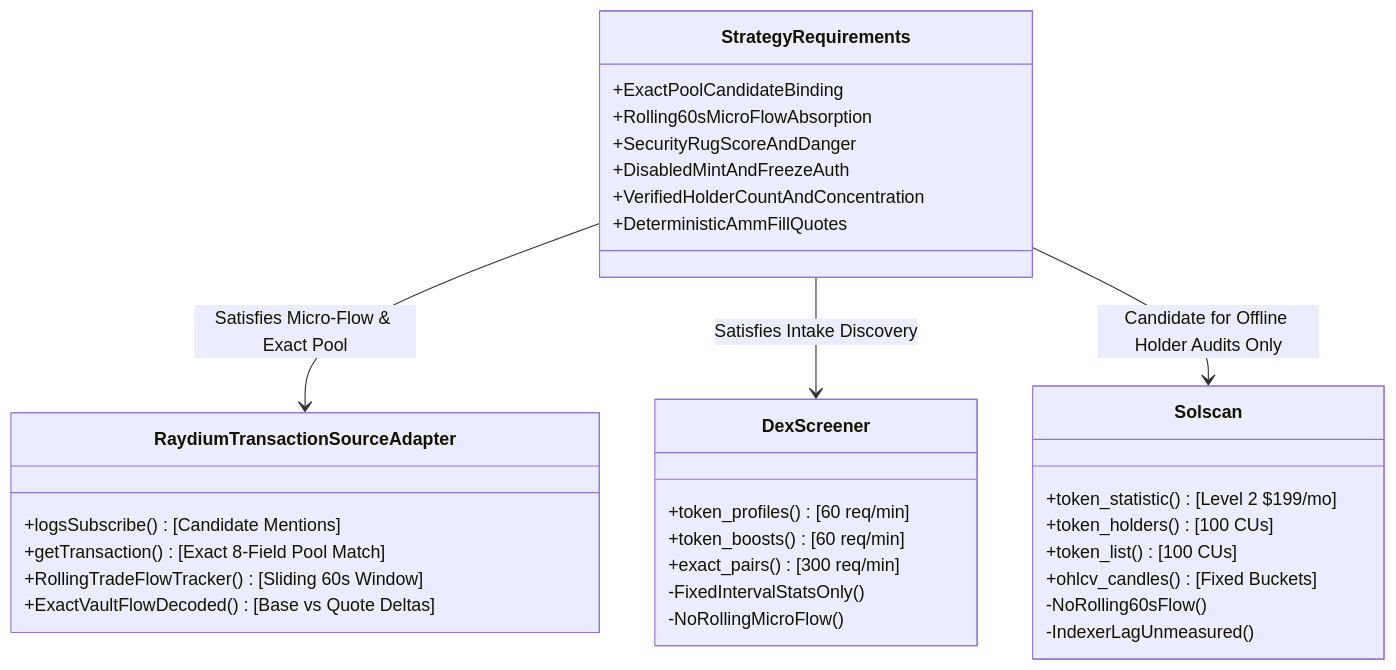
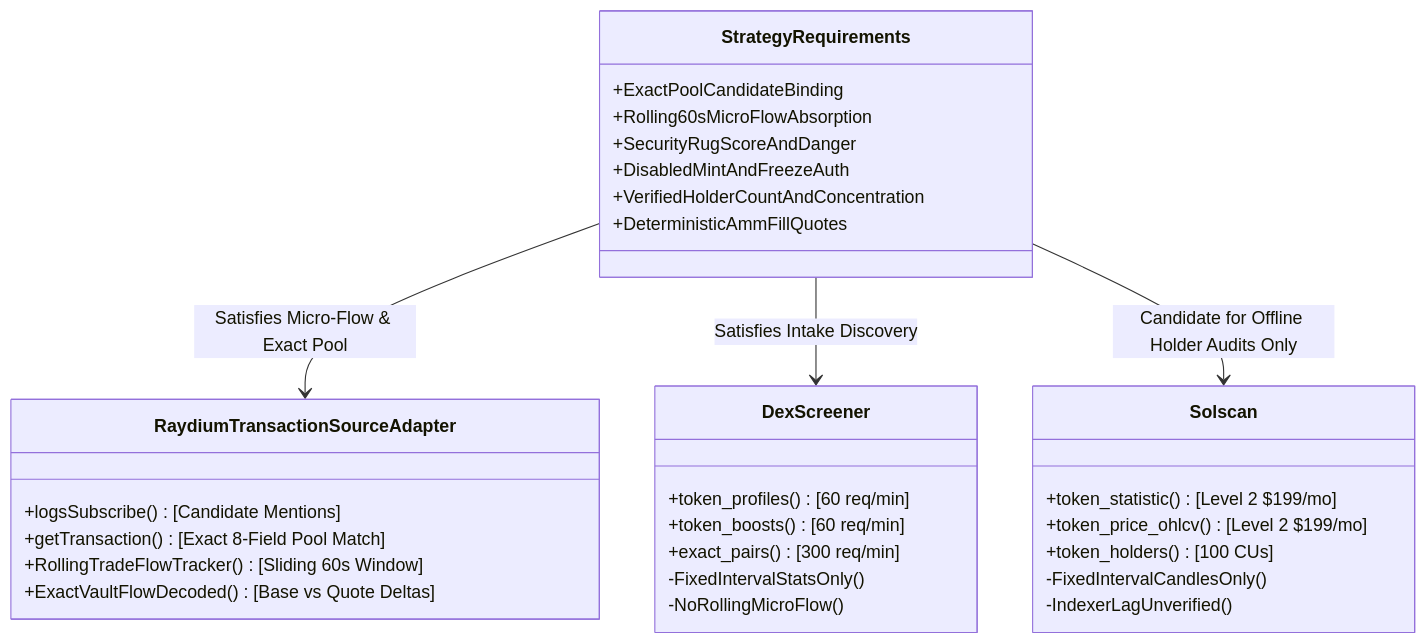
One commit to whojosegonzalez/NeXusTrade-TopG changed the second of 2 diagrams in docs/research-planning/api-provider-capabilities-and-cost-roadmap.md. Above: the diagram before and after it, drawn with Mermaid. The commit also changed other lines of this file, not shown here.

````diff
--- a/docs/research-planning/api-provider-capabilities-and-cost-roadmap.md
+++ b/docs/research-planning/api-provider-capabilities-and-cost-roadmap.md
@@ -109,39 +109,38 @@
 ```mermaid
 classDiagram
     class StrategyRequirements {
         +ExactPoolCandidateBinding
         +Rolling60sMicroFlowAbsorption
         +SecurityRugScoreAndDanger
         +DisabledMintAndFreezeAuth
         +VerifiedHolderCountAndConcentration
         +DeterministicAmmFillQuotes
     }
 
     class Solscan {
         +token_statistic() [Level 2 $199/mo]
+        +token_price_ohlcv() [Level 2 $199/mo]
         +token_holders() [100 CUs]
-        +token_list() [100 CUs]
-        +ohlcv_candles() [Fixed Buckets]
-        -NoRolling60sFlow()
-        -IndexerLagUnmeasured()
+        -FixedIntervalCandlesOnly()
+        -IndexerLagUnverified()
     }
 
     class DexScreener {
         +token_profiles() [60 req/min]
         +token_boosts() [60 req/min]
         +exact_pairs() [300 req/min]
         -FixedIntervalStatsOnly()
         -NoRollingMicroFlow()
     }
 
     class RaydiumTransactionSourceAdapter {
         +logsSubscribe() [Candidate Mentions]
         +getTransaction() [Exact 8-Field Pool Match]
         +RollingTradeFlowTracker() [Sliding 60s Window]
         +ExactVaultFlowDecoded() [Base vs Quote Deltas]
     }
 
     StrategyRequirements --> RaydiumTransactionSourceAdapter : Satisfies Micro-Flow & Exact Pool
     StrategyRequirements --> DexScreener : Satisfies Intake Discovery
     StrategyRequirements --> Solscan : Candidate for Offline Holder Audits Only
 ```
````
